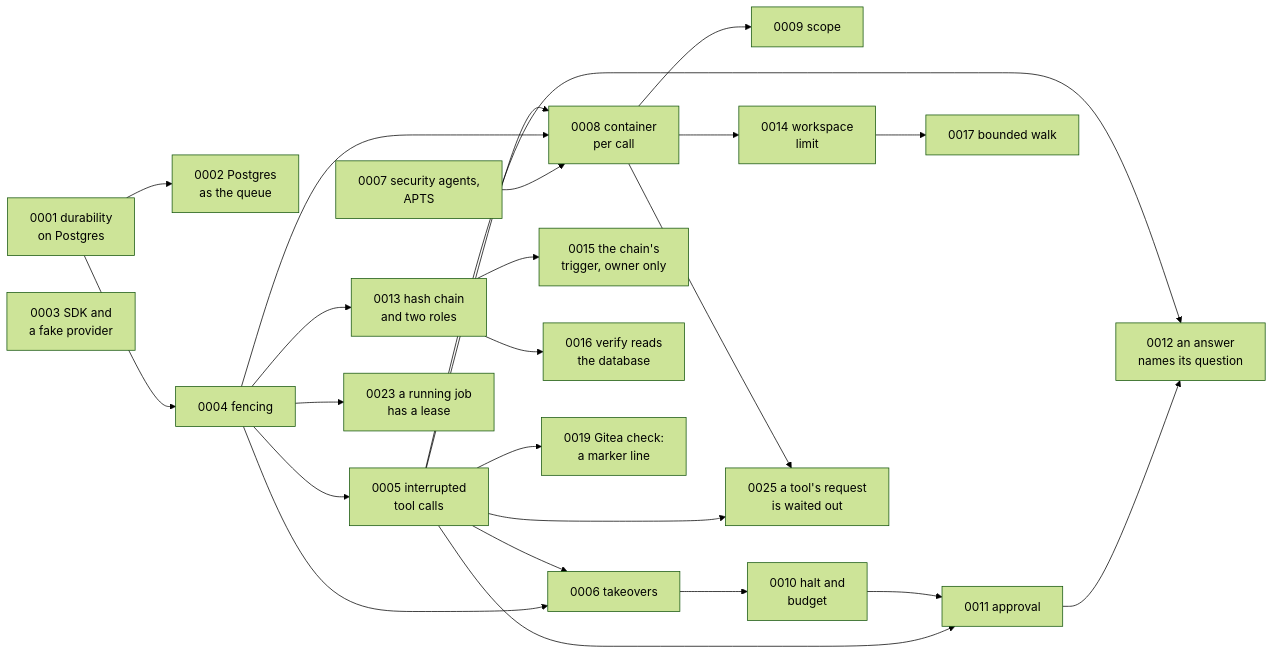
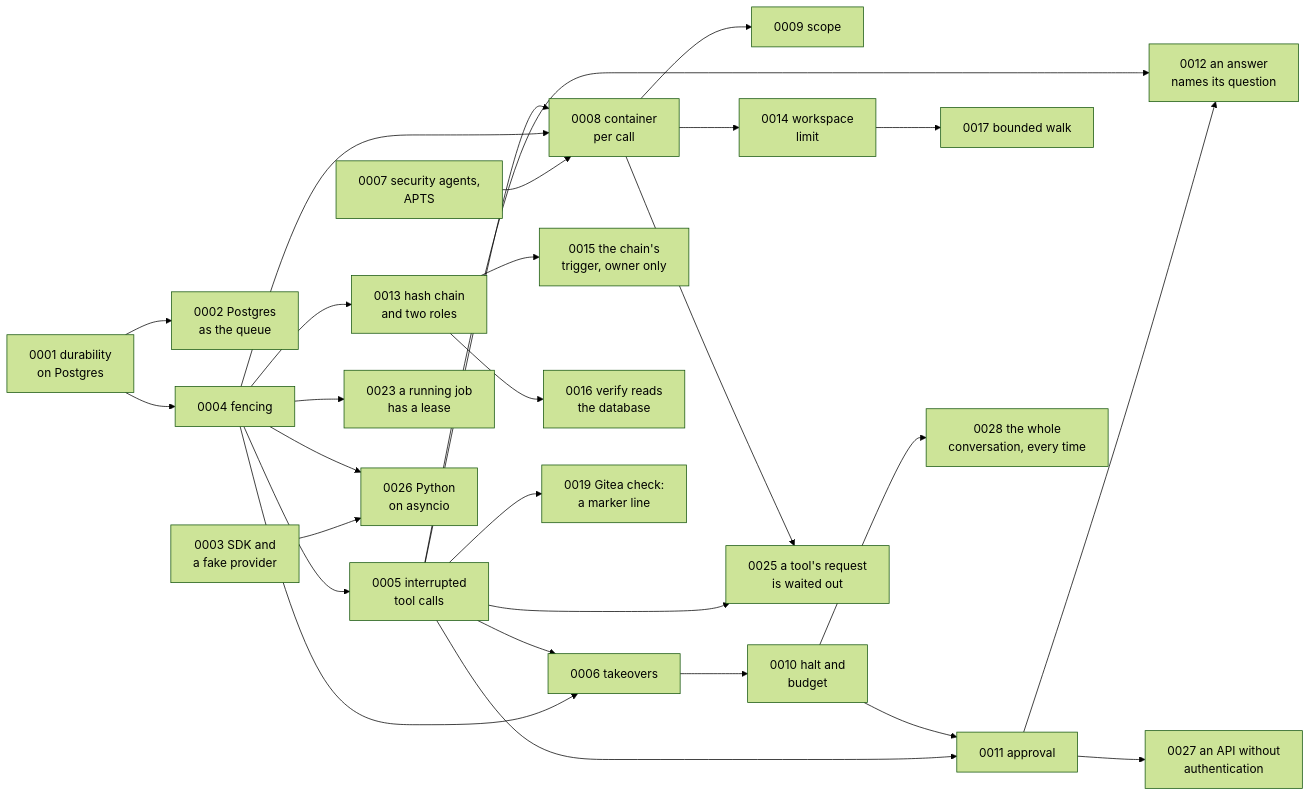
Before and after one commit to sindredg/agent-runtime: the diagram in docs/adr/README.md, drawn with Mermaid (forest theme). The commit also changed other lines of this file and 3 other files, not shown here.

````diff
--- a/docs/adr/README.md
+++ b/docs/adr/README.md
@@ -6,27 +6,30 @@
 ```mermaid
 flowchart LR
     A1[0001 durability<br/>on Postgres] --> A2[0002 Postgres<br/>as the queue]
     A1 --> A4[0004 fencing]
     A4 --> A5[0005 interrupted<br/>tool calls]
     A4 --> A6[0006 takeovers]
     A5 --> A6
     A7[0007 security agents,<br/>APTS] --> A8[0008 container<br/>per call]
     A4 --> A8
     A5 --> A8
     A8 --> A9[0009 scope]
     A6 --> A10[0010 halt and<br/>budget]
     A5 --> A11[0011 approval]
     A10 --> A11
     A11 --> A12[0012 an answer<br/>names its question]
     A5 --> A12
     A4 --> A13[0013 hash chain<br/>and two roles]
     A8 --> A14[0014 workspace<br/>limit]
     A13 --> A15[0015 the chain's<br/>trigger, owner only]
     A13 --> A16[0016 verify reads<br/>the database]
     A14 --> A17[0017 bounded walk]
     A5 --> A19[0019 Gitea check:<br/>a marker line]
     A4 --> A23[0023 a running job<br/>has a lease]
     A5 --> A25[0025 a tool's request<br/>is waited out]
     A8 --> A25
-    A3[0003 SDK and<br/>a fake provider]
+    A3[0003 SDK and<br/>a fake provider] --> A26[0026 Python<br/>on asyncio]
+    A4 --> A26
+    A11 --> A27[0027 an API without<br/>authentication]
+    A10 --> A28[0028 the whole<br/>conversation, every time]
 ```
````
